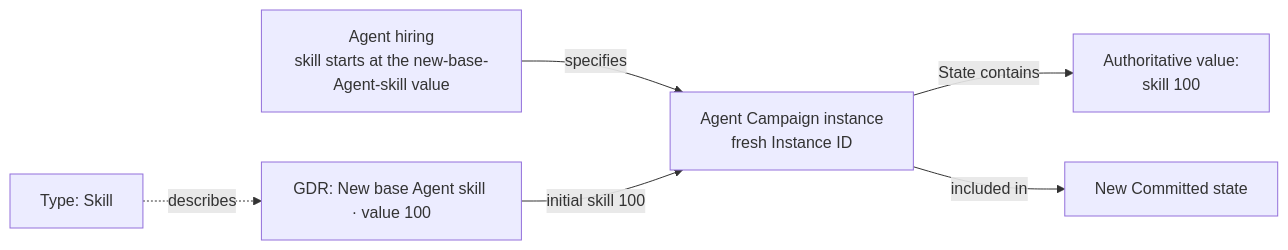
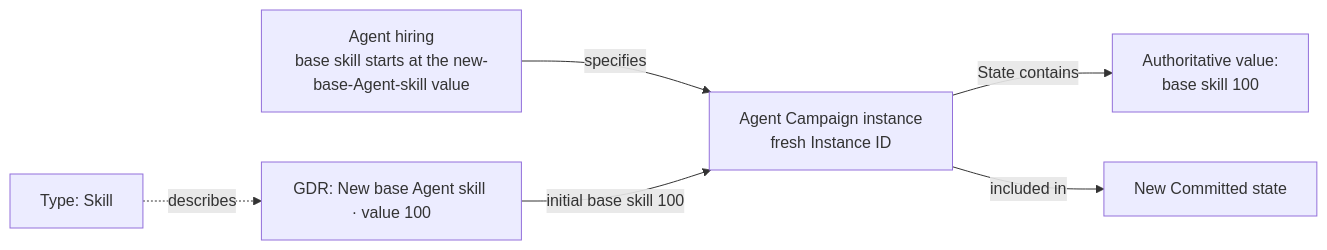
The first of 7 diagrams in docs/specs/design/foundation/game-data-records.md (konrad-jamrozik/game-v5), drawn with Mermaid before and after one commit. The commit also changed other lines of this file and 14 other files, not shown here.

````diff
--- a/docs/specs/design/foundation/game-data-records.md
+++ b/docs/specs/design/foundation/game-data-records.md
@@ -110,8 +110,8 @@
 ```mermaid
 flowchart LR
     Type["Type: Skill"] -.->|describes| GDR["GDR: New base Agent skill · value 100"]
-    Creation["Agent hiring<br/>skill starts at the new-base-Agent-skill value"] -->|specifies| Agent["Agent Campaign instance<br/>fresh Instance ID"]
-    GDR -->|initial skill 100| Agent
-    Agent -->|State contains| Skill["Authoritative value:<br/>skill 100"]
+    Creation["Agent hiring<br/>base skill starts at the new-base-Agent-skill value"] -->|specifies| Agent["Agent Campaign instance<br/>fresh Instance ID"]
+    GDR -->|initial base skill 100| Agent
+    Agent -->|State contains| Skill["Authoritative value:<br/>base skill 100"]
     Agent -->|included in| State["New Committed state"]
 ```
````
